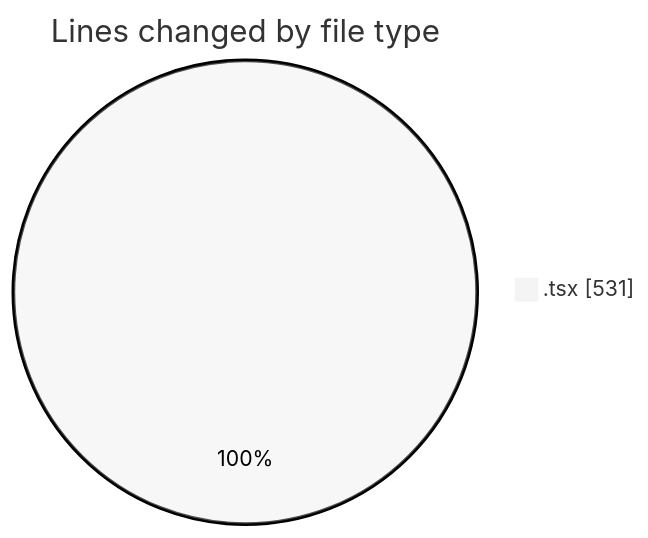
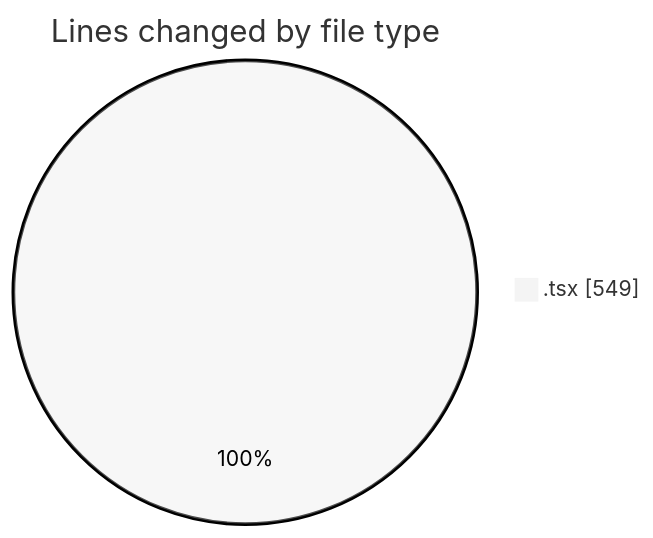
One commit to momahboobian/code-tracking changed the first of 2 diagrams in 2026-04-23/cda/README.md. Above: the diagram before and after it, drawn with Mermaid (neutral theme). The commit also changed other lines of this file and 1 other file, not shown here.

````diff
--- a/2026-04-23/cda/README.md
+++ b/2026-04-23/cda/README.md
@@ -25,5 +25,5 @@
 ```mermaid
 pie showData
 title Lines changed by file type
-".tsx" : 531
+".tsx" : 549
 ```
````
